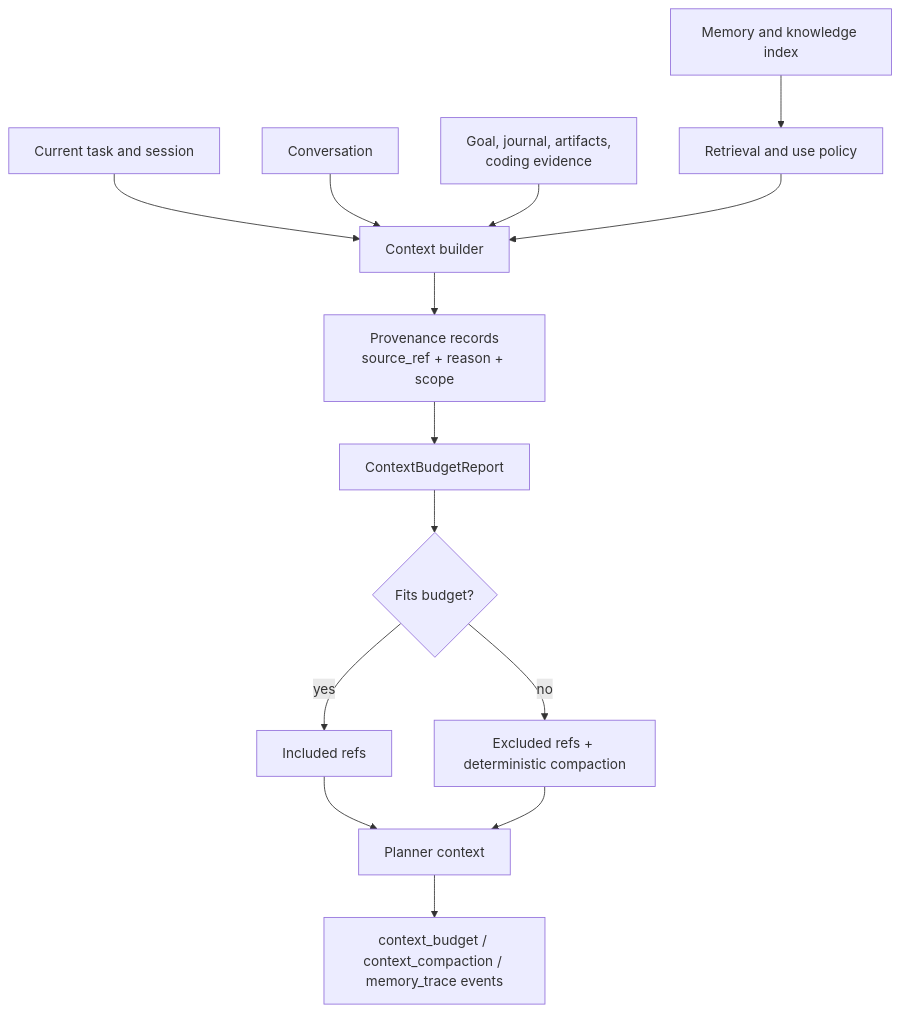
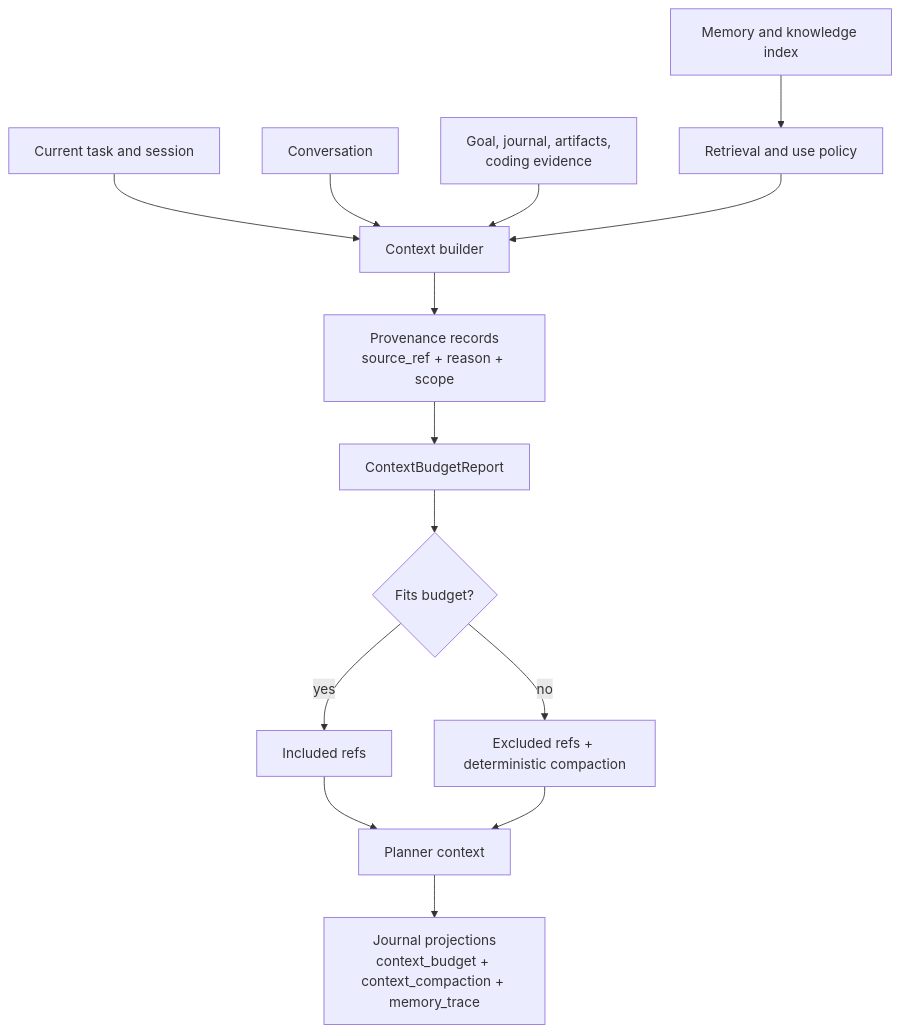
The second of 2 diagrams in docs/architecture/03-task-state-context.md (MatrixCoreX/RustClaw), drawn with Mermaid before and after one commit. The commit also changed other lines of this file and 17 other files, not shown here.

Commit message:
docs: synchronize architecture learning guide

````diff
--- a/docs/architecture/03-task-state-context.md
+++ b/docs/architecture/03-task-state-context.md
@@ -34,16 +39,16 @@
 ```mermaid
 flowchart TD
     A[Current task and session] --> B[Context builder]
     C[Conversation] --> B
     D[Memory and knowledge index] --> E[Retrieval and use policy]
     F[Goal, journal, artifacts,<br/>coding evidence] --> B
     E --> B
     B --> G[Provenance records<br/>source_ref + reason + scope]
     G --> H[ContextBudgetReport]
     H --> I{Fits budget?}
     I -->|yes| J[Included refs]
     I -->|no| K[Excluded refs + deterministic compaction]
     J --> L[Planner context]
     K --> L
-    L --> M[context_budget / context_compaction / memory_trace events]
+    L --> M[Journal projections<br/>context_budget + context_compaction + memory_trace]
 ```
````
